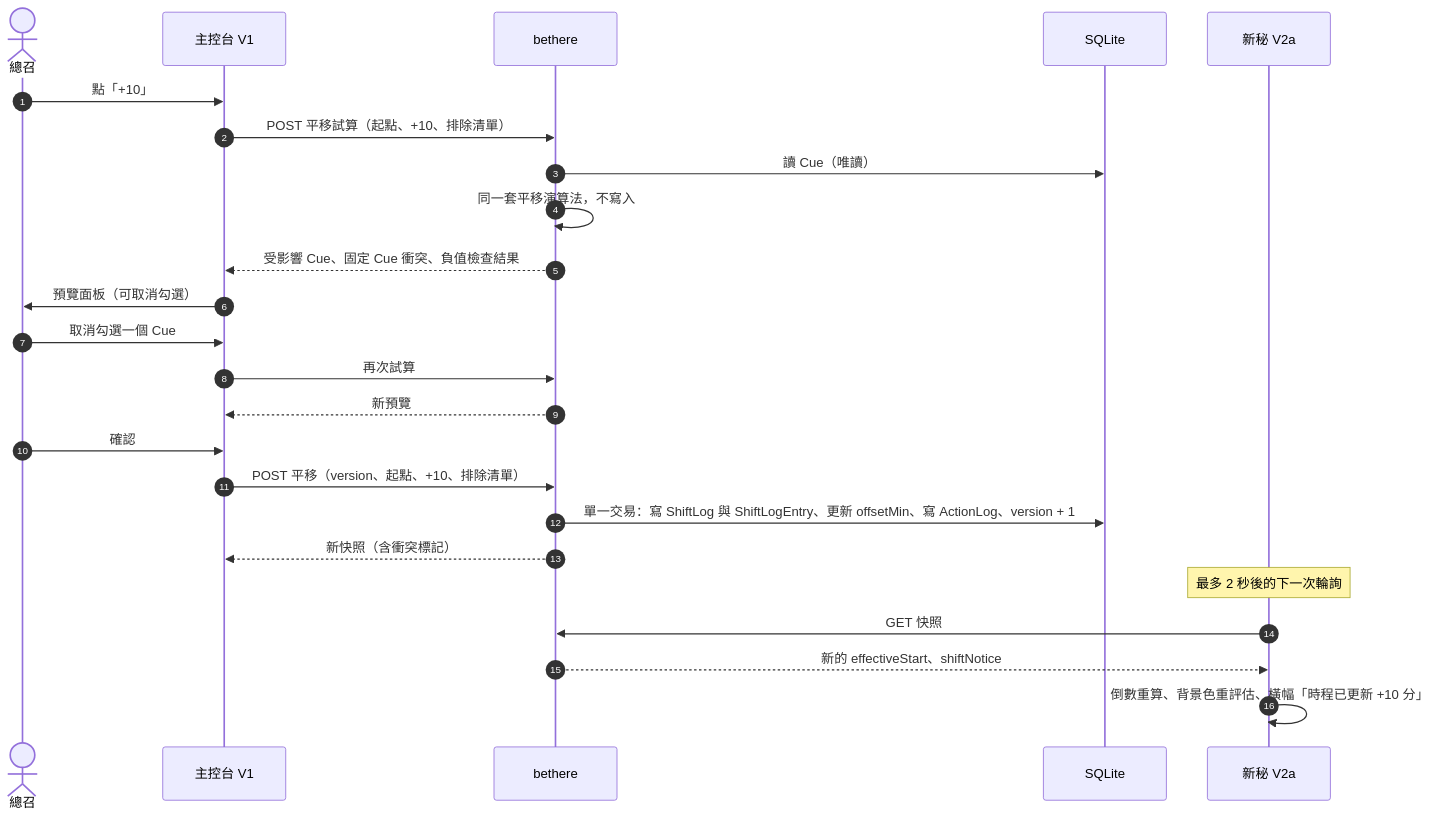
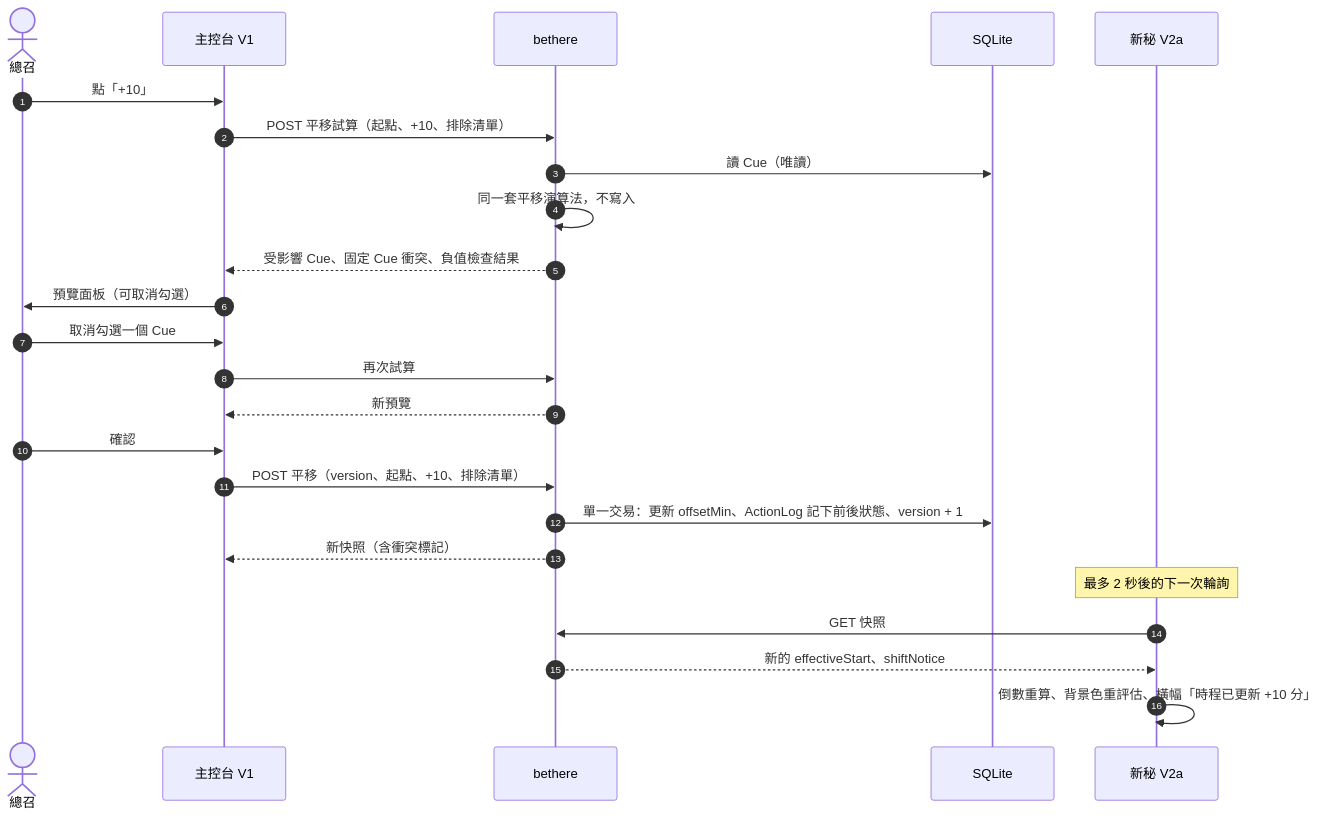
Before and after one commit to BensonPigo/bethere: the third of 7 diagrams in docs/architecture/runtime-views.md, drawn with Mermaid. The commit also changed 22 other files, not shown here.

````diff
--- a/docs/architecture/runtime-views.md
+++ b/docs/architecture/runtime-views.md
@@ -82,27 +82,27 @@
 ```mermaid
 sequenceDiagram
     autonumber
     actor M as 總召
     participant V1 as 主控台 V1
     participant S as bethere
     participant D as SQLite
     participant V2 as 新秘 V2a
 
     M->>V1: 點「+10」
     V1->>S: POST 平移試算（起點、+10、排除清單）
     S->>D: 讀 Cue（唯讀）
     S->>S: 同一套平移演算法，不寫入
     S-->>V1: 受影響 Cue、固定 Cue 衝突、負值檢查結果
     V1->>M: 預覽面板（可取消勾選）
     M->>V1: 取消勾選一個 Cue
     V1->>S: 再次試算
     S-->>V1: 新預覽
     M->>V1: 確認
     V1->>S: POST 平移（version、起點、+10、排除清單）
-    S->>D: 單一交易：寫 ShiftLog 與 ShiftLogEntry、更新 offsetMin、寫 ActionLog、version + 1
+    S->>D: 單一交易：更新 offsetMin、ActionLog 記下前後狀態、version + 1
     S-->>V1: 新快照（含衝突標記）
     Note over V2: 最多 2 秒後的下一次輪詢
     V2->>S: GET 快照
     S-->>V2: 新的 effectiveStart、shiftNotice
     V2->>V2: 倒數重算、背景色重評估、橫幅「時程已更新 +10 分」
 ```
````
